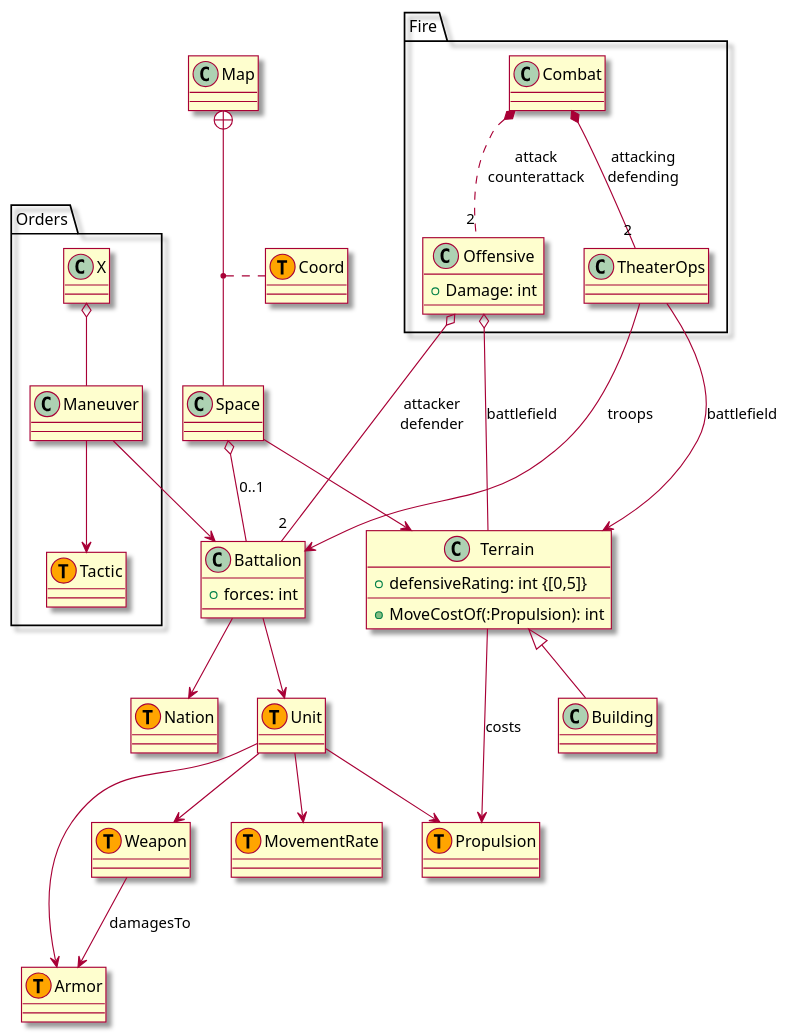
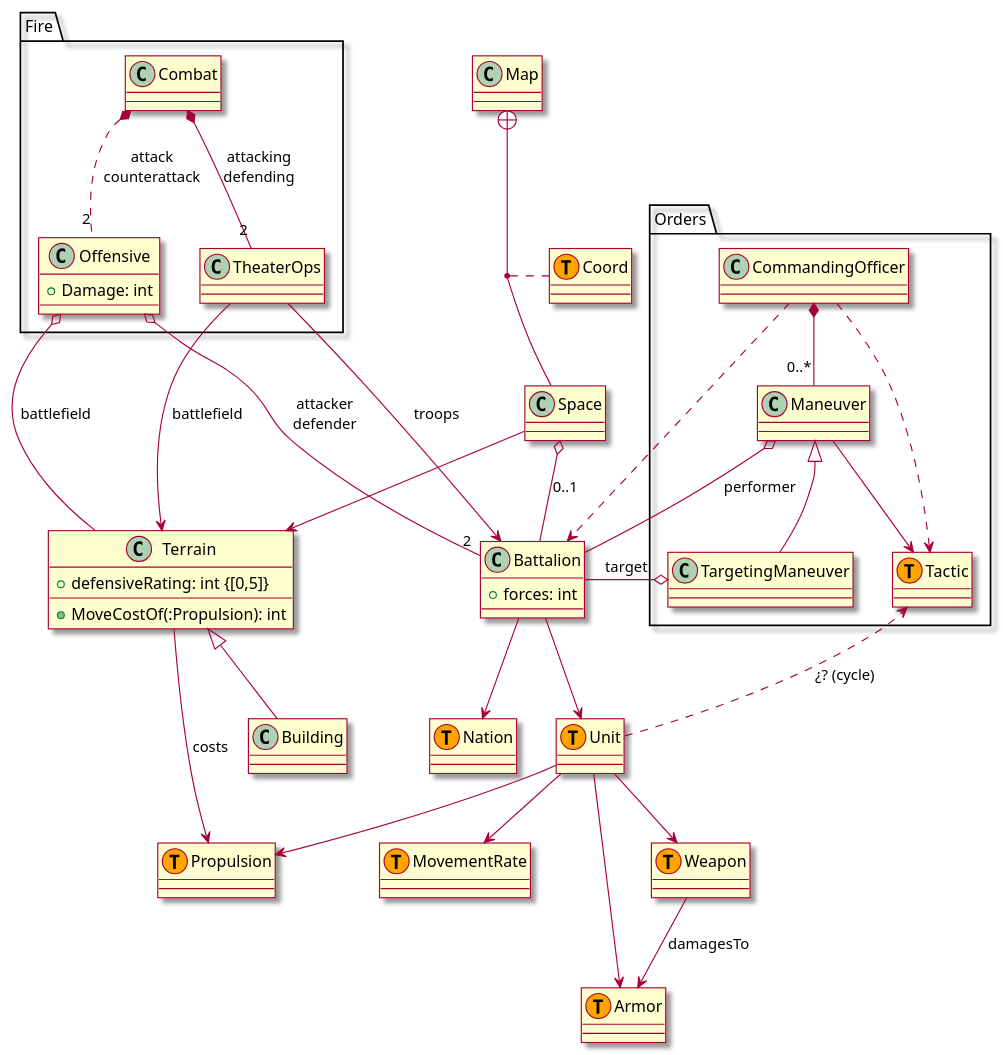
Before and after one commit to RicardoGuzmanVelasco/AdvanceWars: the diagram in Assets/AdvanceWars/Documentation~/Classes.puml, drawn with PlantUML. The commit also changed 8 other files, not shown here.

```diff
--- a/Assets/AdvanceWars/Documentation~/Classes.puml
+++ b/Assets/AdvanceWars/Documentation~/Classes.puml
@@ -1,61 +1,70 @@
 @startuml
 skin rose
 
 class Propulsion <<(T, Orange)>>
 class Terrain{
     +defensiveRating: int {[0,5]}
     +MoveCostOf(:Propulsion): int
 }
 class Battalion{
     +forces: int
 }
 class Unit <<(T, Orange)>>
 class MovementRate <<(T, Orange)>>
 class Nation <<(T, Orange)>>
 class Map
 class Space
 class Coord <<(T, orange)>>
 class Armor <<(T, Orange)>>
 class Weapon <<(T, Orange)>>
 
 package Orders{
 class Tactic <<(T, Orange)>>
 class Maneuver
-class X
+class TargetingManeuver
+class CommandingOfficer
 }
 
 package Fire{
 class Combat
 class Offensive{
 +Damage: int
 }
 class TheaterOps
-
-Combat *.. "2" Offensive : attack\ncounterattack
-Combat *-- "2" TheaterOps : attacking\ndefending
-
-TheaterOps --> Terrain : battlefield
-TheaterOps --> Battalion : troops
 }
 
 Unit --> Propulsion
 Unit --> MovementRate
 Unit --> Armor
 Map +-- Space
 (Map, Space) .. Coord
 Space --> Terrain
 Terrain --> Propulsion : costs
 Battalion --> Nation
 Space o-- Battalion : 0..1
 Battalion --> Unit
 Building -u-|> Terrain
 Unit --> Weapon
 Weapon --> Armor : damagesTo
 
 Offensive o--- "2" Battalion : attacker\ndefender
 Offensive o--- Terrain : battlefield
-X o-- Maneuver
-Maneuver --> Battalion
+
+CommandingOfficer *-- "0..*" Maneuver
+
+CommandingOfficer ..> Battalion
+CommandingOfficer ..> Tactic
+TargetingManeuver -u-|> Maneuver
+TargetingManeuver o-- Battalion : target
+Maneuver o-- Battalion : performer
 Maneuver --> Tactic
 
+Unit ..> Tactic : ¿? (cycle)
+
+Combat *.. "2" Offensive : attack\ncounterattack
+Combat *-- "2" TheaterOps : attacking\ndefending
+
+TheaterOps --> Terrain : battlefield
+TheaterOps --> Battalion : troops
+
 @enduml
```
